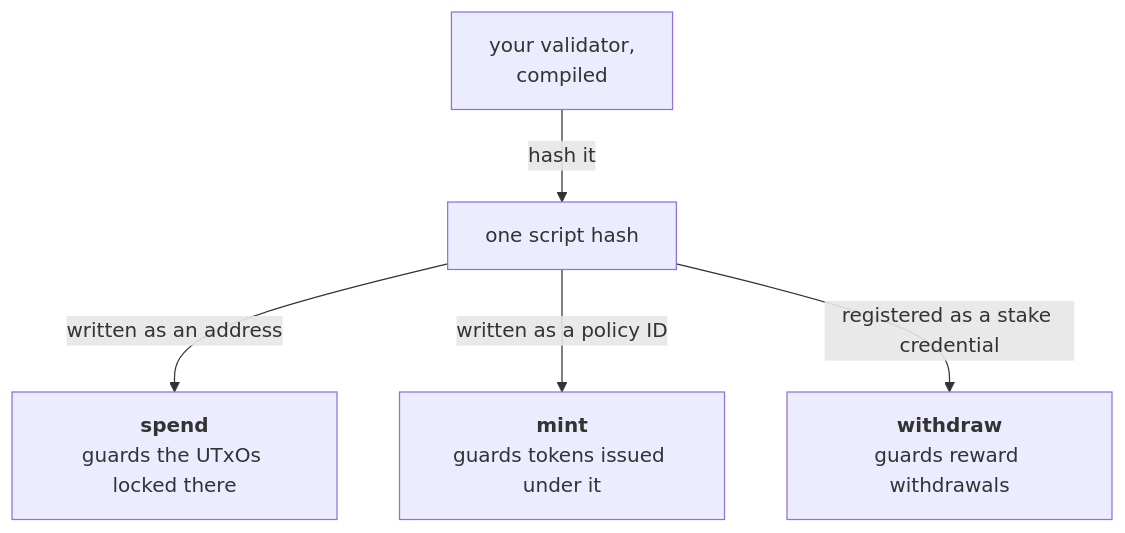
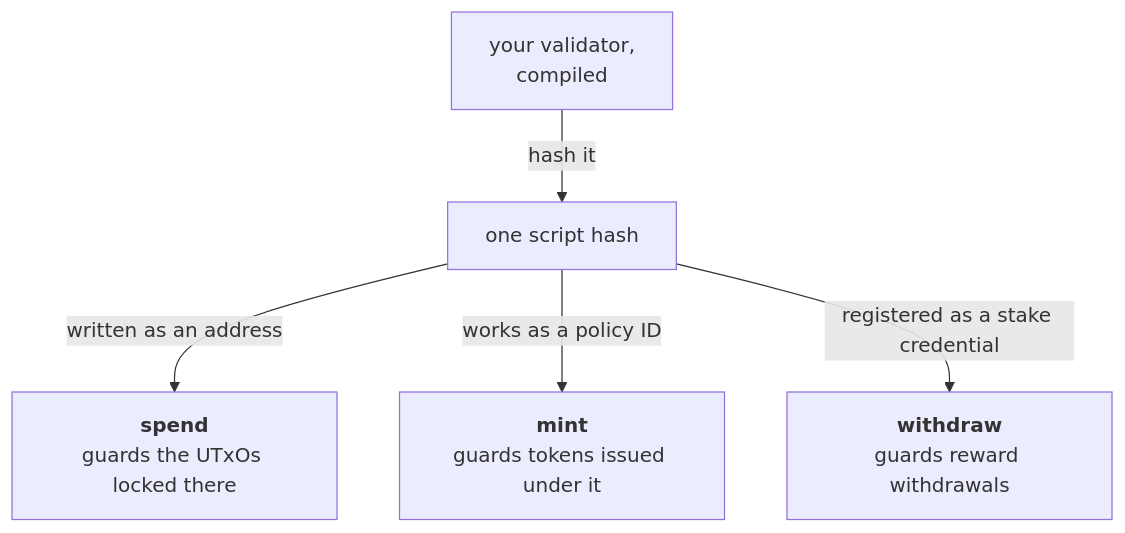
The first of 2 diagrams in docs/developers/onboarding/lectures/intermediate/8-validator-purposes.md (cardano-foundation/developer-portal), drawn with Mermaid before and after one commit.

````diff
--- a/docs/developers/onboarding/lectures/intermediate/8-validator-purposes.md
+++ b/docs/developers/onboarding/lectures/intermediate/8-validator-purposes.md
@@ -38,10 +38,10 @@
 ```mermaid
 flowchart TD
     S["your validator,<br/>compiled"] -->|hash it| H["one script hash"]
     H -->|written as an address| A["`**spend**
     guards the UTxOs locked there`"]
-    H -->|written as a policy ID| P["`**mint**
+    H -->|works as a policy ID| P["`**mint**
     guards tokens issued under it`"]
     H -->|registered as a stake credential| W["`**withdraw**
     guards reward withdrawals`"]
 ```
````
